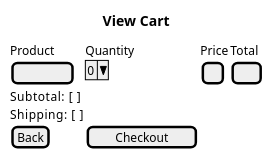
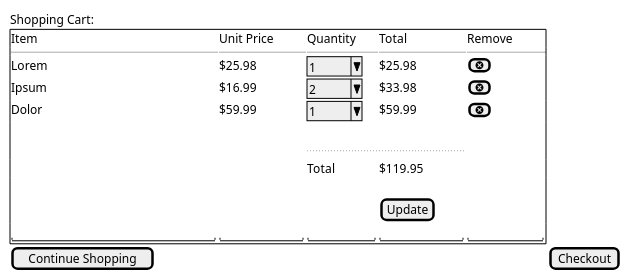
Before and after one commit to dyrel78/INFO_201: the diagram in milestone2/ViewCart.puml, drawn with PlantUML. The commit also changed 8 other files, not shown here.

```diff
--- a/milestone2/ViewCart.puml
+++ b/milestone2/ViewCart.puml
@@ -1,15 +1,23 @@
-@startsalt
+@startsalt ShoppingCart
+{
+Shopping Cart:
+{+
+Item | Unit Price | Quantity | Total | Remove
+--|--|--|--|--
+Lorem |$25.98 | ^1    ^ | $25.98 | [<&circle-x>]
+Ipsum |$16.99 | ^2    ^| $33.98 | [<&circle-x>]
+Dolor |$59.99| ^1    ^ | $59.99 | [<&circle-x>]
+.              |       |         |  |
+.              
+.              |       |         |  |
+.|..|...|
+. 
+|. |.| Total | $119.95 
+.
+|.|.| . |[Update]
 
-title View Cart
-{
-  
-  Product | Quantity | Price | Total
-  [       ] | ^0^   |  [  ] | [   ] 
-
-
-  | | Subtotal: [   ]
-  Shipping: [   ]                   
-  [Back] | [  Checkout   ]
+"                         "|"          "|"        "|"          "|"         "
 }
-
+[Continue Shopping]|[Checkout]
+}
 @endsalt
```
